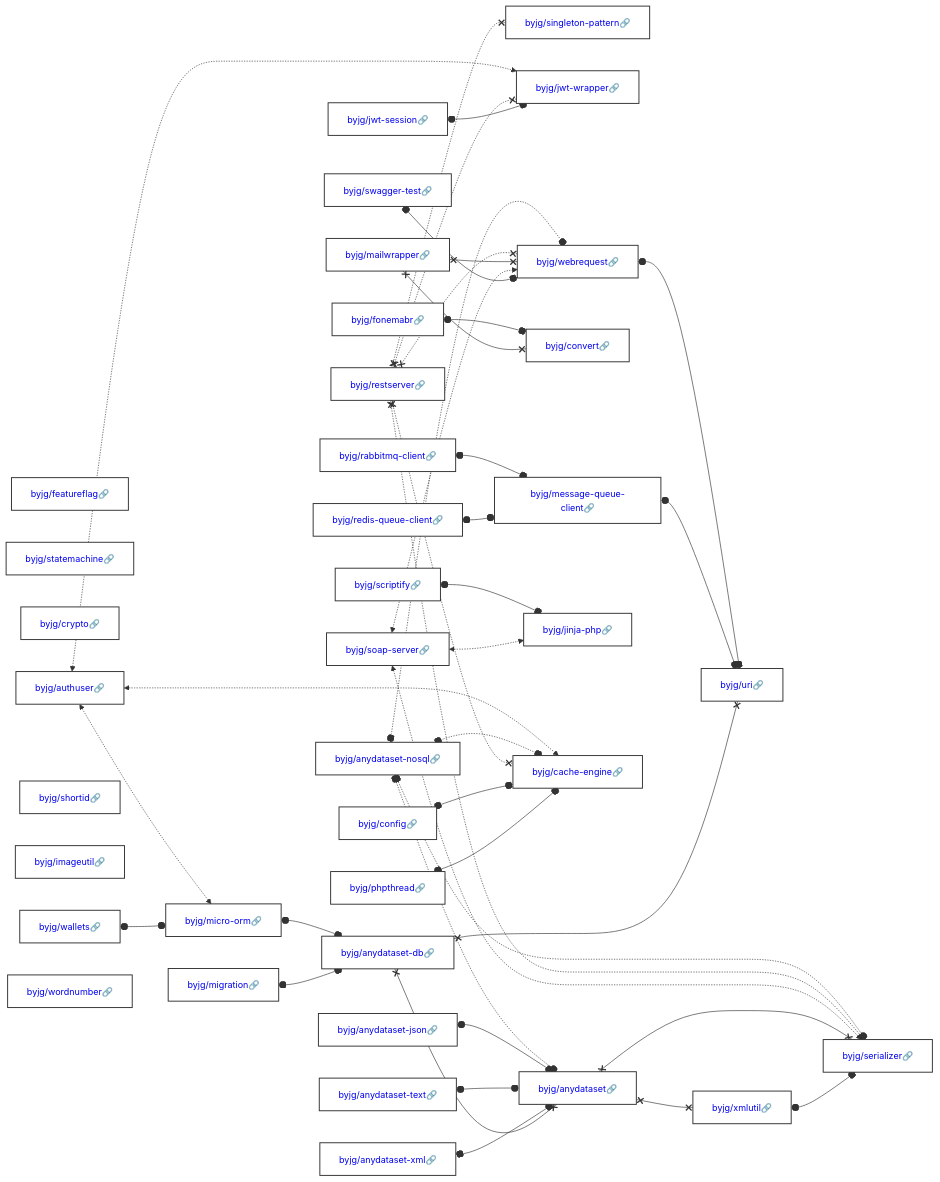
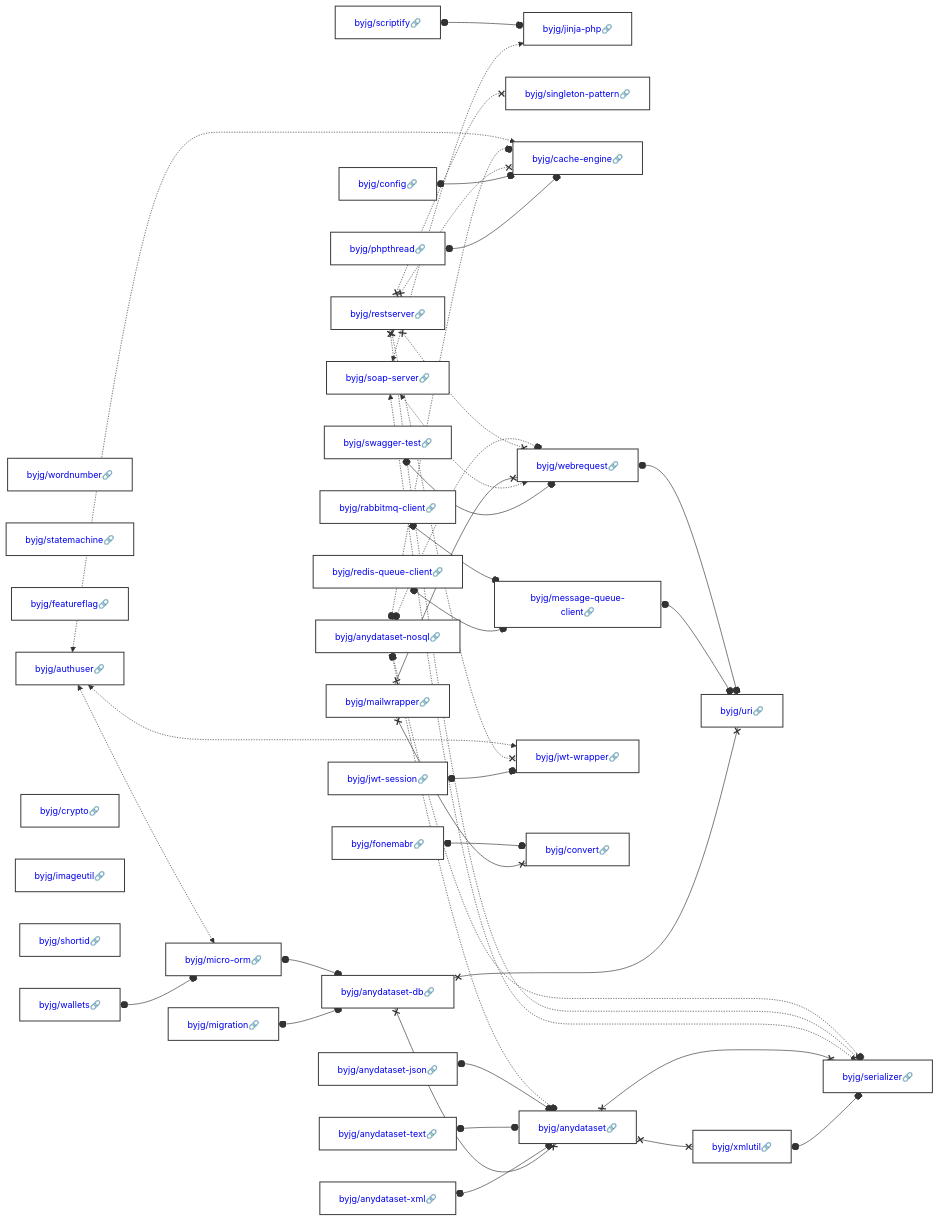
The diagram in docs/php/README.md (byjg/byjg.github.io), drawn with Mermaid before and after one commit. The commit also changed other lines of this file, not shown here.

Commit message:
Update documentation 'php' 'php-rest-reference-architecture'

````diff
--- a/docs/php/README.md
+++ b/docs/php/README.md
@@ -3,37 +3,37 @@
 ```mermaid
 graph LR;
+  byjg/anydataset-xml[<a href='https://opensource.byjg.com/docs/php/anydataset-xml' style='text-decoration:none'>byjg/anydataset-xml🔗</a>];
+  byjg/wordnumber[<a href='https://opensource.byjg.com/docs/php/wordnumber' style='text-decoration:none'>byjg/wordnumber🔗</a>];
+  byjg/anydataset-text[<a href='https://opensource.byjg.com/docs/php/anydataset-text' style='text-decoration:none'>byjg/anydataset-text🔗</a>];
+  byjg/migration[<a href='https://opensource.byjg.com/docs/php/migration' style='text-decoration:none'>byjg/migration🔗</a>];
+  byjg/statemachine[<a href='https://opensource.byjg.com/docs/php/statemachine' style='text-decoration:none'>byjg/statemachine🔗</a>];
   byjg/soap-server[<a href='https://opensource.byjg.com/docs/php/soap-server' style='text-decoration:none'>byjg/soap-server🔗</a>];
   byjg/featureflag[<a href='https://opensource.byjg.com/docs/php/featureflag' style='text-decoration:none'>byjg/featureflag🔗</a>];
-  byjg/statemachine[<a href='https://opensource.byjg.com/docs/php/statemachine' style='text-decoration:none'>byjg/statemachine🔗</a>];
-  byjg/migration[<a href='https://opensource.byjg.com/docs/php/migration' style='text-decoration:none'>byjg/migration🔗</a>];
+  byjg/authuser[<a href='https://opensource.byjg.com/docs/php/authuser' style='text-decoration:none'>byjg/authuser🔗</a>];
+  byjg/swagger-test[<a href='https://opensource.byjg.com/docs/php/swagger-test' style='text-decoration:none'>byjg/swagger-test🔗</a>];
+  byjg/anydataset-json[<a href='https://opensource.byjg.com/docs/php/anydataset-json' style='text-decoration:none'>byjg/anydataset-json🔗</a>];
   byjg/crypto[<a href='https://opensource.byjg.com/docs/php/crypto' style='text-decoration:none'>byjg/crypto🔗</a>];
   byjg/phpthread[<a href='https://opensource.byjg.com/docs/php/phpthread' style='text-decoration:none'>byjg/phpthread🔗</a>];
-  byjg/authuser[<a href='https://opensource.byjg.com/docs/php/authuser' style='text-decoration:none'>byjg/authuser🔗</a>];
-  byjg/anydataset-text[<a href='https://opensource.byjg.com/docs/php/anydataset-text' style='text-decoration:none'>byjg/anydataset-text🔗</a>];
-  byjg/shortid[<a href='https://opensource.byjg.com/docs/php/shortid' style='text-decoration:none'>byjg/shortid🔗</a>];
-  byjg/jwt-session[<a href='https://opensource.byjg.com/docs/php/jwt-session' style='text-decoration:none'>byjg/jwt-session🔗</a>];
+  byjg/config[<a href='https://opensource.byjg.com/docs/php/config' style='text-decoration:none'>byjg/config🔗</a>];
+  byjg/anydataset-nosql[<a href='https://opensource.byjg.com/docs/php/anydataset-nosql' style='text-decoration:none'>byjg/anydataset-nosql🔗</a>];
+  byjg/scriptify[<a href='https://opensource.byjg.com/docs/php/scriptify' style='text-decoration:none'>byjg/scriptify🔗</a>];
   byjg/imageutil[<a href='https://opensource.byjg.com/docs/php/imageutil' style='text-decoration:none'>byjg/imageutil🔗</a>];
   byjg/mailwrapper[<a href='https://opensource.byjg.com/docs/php/mailwrapper' style='text-decoration:none'>byjg/mailwrapper🔗</a>];
+  byjg/redis-queue-client[<a href='https://opensource.byjg.com/docs/php/redis-queue-client' style='text-decoration:none'>byjg/redis-queue-client🔗</a>];
   byjg/restserver[<a href='https://opensource.byjg.com/docs/php/restserver' style='text-decoration:none'>byjg/restserver🔗</a>];
-  byjg/redis-queue-client[<a href='https://opensource.byjg.com/docs/php/redis-queue-client' style='text-decoration:none'>byjg/redis-queue-client🔗</a>];
-  byjg/anydataset-nosql[<a href='https://opensource.byjg.com/docs/php/anydataset-nosql' style='text-decoration:none'>byjg/anydataset-nosql🔗</a>];
-  byjg/anydataset-xml[<a href='https://opensource.byjg.com/docs/php/anydataset-xml' style='text-decoration:none'>byjg/anydataset-xml🔗</a>];
   byjg/rabbitmq-client[<a href='https://opensource.byjg.com/docs/php/rabbitmq-client' style='text-decoration:none'>byjg/rabbitmq-client🔗</a>];
+  byjg/jwt-session[<a href='https://opensource.byjg.com/docs/php/jwt-session' style='text-decoration:none'>byjg/jwt-session🔗</a>];
+  byjg/shortid[<a href='https://opensource.byjg.com/docs/php/shortid' style='text-decoration:none'>byjg/shortid🔗</a>];
   byjg/wallets[<a href='https://opensource.byjg.com/docs/php/wallets' style='text-decoration:none'>byjg/wallets🔗</a>];
   byjg/fonemabr[<a href='https://opensource.byjg.com/docs/php/fonemabr' style='text-decoration:none'>byjg/fonemabr🔗</a>];
-  byjg/wordnumber[<a href='https://opensource.byjg.com/docs/php/wordnumber' style='text-decoration:none'>byjg/wordnumber🔗</a>];
-  byjg/swagger-test[<a href='https://opensource.byjg.com/docs/php/swagger-test' style='text-decoration:none'>byjg/swagger-test🔗</a>];
-  byjg/anydataset-json[<a href='https://opensource.byjg.com/docs/php/anydataset-json' style='text-decoration:none'>byjg/anydataset-json🔗</a>];
-  byjg/scriptify[<a href='https://opensource.byjg.com/docs/php/scriptify' style='text-decoration:none'>byjg/scriptify🔗</a>];
-  byjg/config[<a href='https://opensource.byjg.com/docs/php/config' style='text-decoration:none'>byjg/config🔗</a>];
+  byjg/jinja-php[<a href='https://opensource.byjg.com/docs/php/jinja-php' style='text-decoration:none'>byjg/jinja-php🔗</a>];
   byjg/singleton-pattern[<a href='https://opensource.byjg.com/docs/php/singleton-pattern' style='text-decoration:none'>byjg/singleton-pattern🔗</a>];
+  byjg/cache-engine[<a href='https://opensource.byjg.com/docs/php/cache-engine' style='text-decoration:none'>byjg/cache-engine🔗</a>];
+  byjg/webrequest[<a href='https://opensource.byjg.com/docs/php/webrequest' style='text-decoration:none'>byjg/webrequest🔗</a>];
+  byjg/message-queue-client[<a href='https://opensource.byjg.com/docs/php/message-queue-client' style='text-decoration:none'>byjg/message-queue-client🔗</a>];
   byjg/jwt-wrapper[<a href='https://opensource.byjg.com/docs/php/jwt-wrapper' style='text-decoration:none'>byjg/jwt-wrapper🔗</a>];
-  byjg/message-queue-client[<a href='https://opensource.byjg.com/docs/php/message-queue-client' style='text-decoration:none'>byjg/message-queue-client🔗</a>];
   byjg/micro-orm[<a href='https://opensource.byjg.com/docs/php/micro-orm' style='text-decoration:none'>byjg/micro-orm🔗</a>];
   byjg/convert[<a href='https://opensource.byjg.com/docs/php/convert' style='text-decoration:none'>byjg/convert🔗</a>];
-  byjg/webrequest[<a href='https://opensource.byjg.com/docs/php/webrequest' style='text-decoration:none'>byjg/webrequest🔗</a>];
-  byjg/jinja-php[<a href='https://opensource.byjg.com/docs/php/jinja-php' style='text-decoration:none'>byjg/jinja-php🔗</a>];
-  byjg/cache-engine[<a href='https://opensource.byjg.com/docs/php/cache-engine' style='text-decoration:none'>byjg/cache-engine🔗</a>];
   byjg/anydataset-db[<a href='https://opensource.byjg.com/docs/php/anydataset-db' style='text-decoration:none'>byjg/anydataset-db🔗</a>];
   byjg/anydataset[<a href='https://opensource.byjg.com/docs/php/anydataset' style='text-decoration:none'>byjg/anydataset🔗</a>];
   byjg/uri[<a href='https://opensource.byjg.com/docs/php/uri' style='text-decoration:none'>byjg/uri🔗</a>];
````
